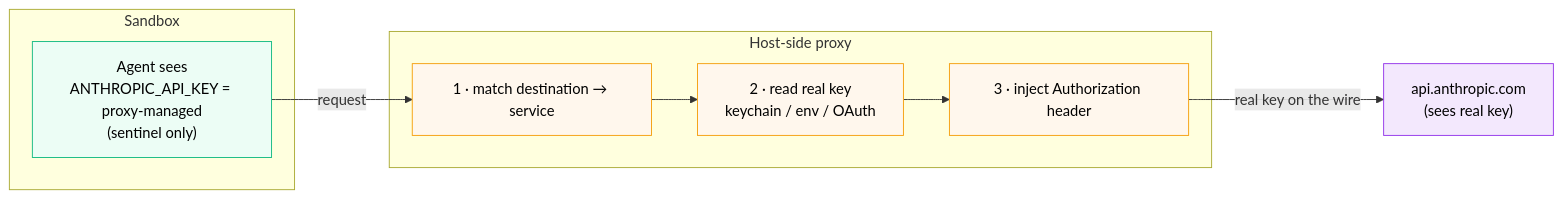
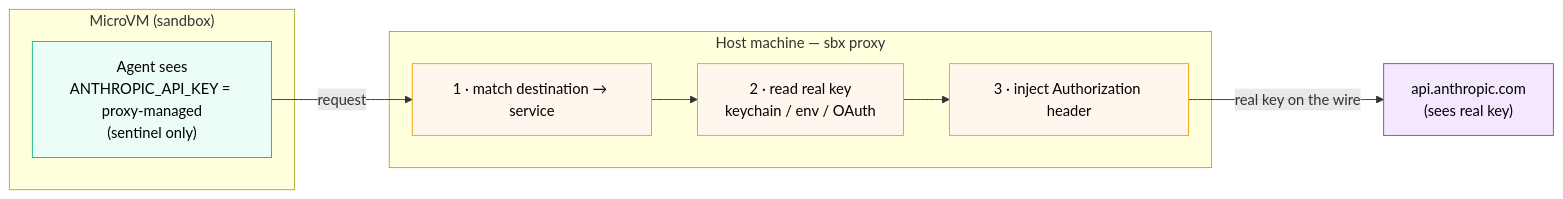
Before and after one commit to ajeetraina/labspace-docker-ai-governance: the diagram in labspace/12-credential-isolation.md, drawn with Mermaid. The commit also changed 6 other files, not shown here.

First line of the commit message:
Strengthen runtime diagrams: host, MicroVM, mounted workspace, policy

````diff
--- a/labspace/12-credential-isolation.md
+++ b/labspace/12-credential-isolation.md
@@ -3,21 +3,21 @@
 ```mermaid
 flowchart LR
-    subgraph VM["Sandbox"]
+    subgraph VM["MicroVM (sandbox)"]
         AGENT["Agent sees<br/>ANTHROPIC_API_KEY = proxy-managed<br/>(sentinel only)"]
     end
-    subgraph HOST["Host-side proxy"]
+    subgraph HOST["Host machine — sbx proxy"]
         MATCH["1 · match destination → service"]
         READ["2 · read real key<br/>keychain / env / OAuth"]
         INJ["3 · inject Authorization header"]
         MATCH --> READ --> INJ
     end
     AGENT -- request --> MATCH
     INJ -- "real key on the wire" --> SVC["api.anthropic.com<br/>(sees real key)"]
 
     classDef vm fill:#ecfdf5,stroke:#10b981,color:#000
     classDef pol fill:#fff7ed,stroke:#f59e0b,color:#000
     classDef key fill:#f3e8fd,stroke:#9333ea,color:#000
     class AGENT vm
     class MATCH,READ,INJ pol
     class SVC key
 ```
````
